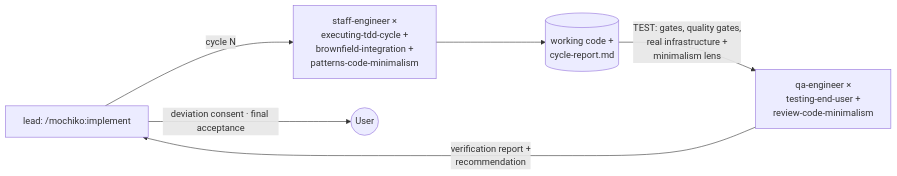
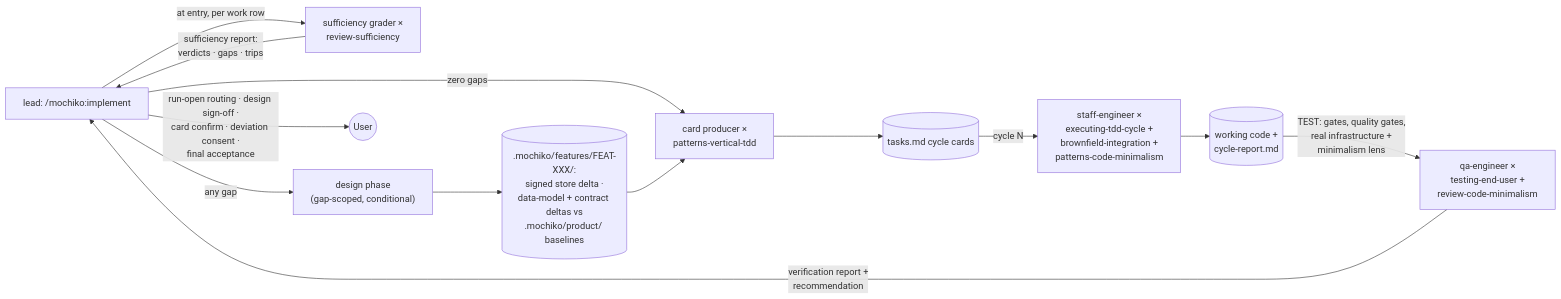
Before and after one commit to humaninloop-dev/mochiko: the sixth of 6 diagrams in ARCHITECTURE.md, drawn with Mermaid. The commit also changed other lines of this file and 104 other files, not shown here.

Commit message:
Plan retired; implement absorbs design phase behind sufficiency check (v0.91.0)

````diff
--- a/ARCHITECTURE.md
+++ b/ARCHITECTURE.md
@@ -268,11 +246,22 @@
 ```mermaid
 flowchart LR
   lead["lead: /mochiko:implement"]
+  suff["sufficiency grader ×<br/>review-sufficiency"]
+  design["design phase<br/>(gap-scoped, conditional)"]
+  cards["card producer ×<br/>patterns-vertical-tdd"]
   se["staff-engineer ×<br/>executing-tdd-cycle +<br/>brownfield-integration +<br/>patterns-code-minimalism"]
   qa["qa-engineer ×<br/>testing-end-user +<br/>review-code-minimalism"]
-  lead -->|"cycle N"| se
+  user(("User"))
+  lead -->|"at entry, per work row"| suff
+  suff -->|"sufficiency report:<br/>verdicts · gaps · trips"| lead
+  lead -->|"any gap"| design
+  design --> deltas[(".mochiko/features/FEAT-XXX/:<br/>signed store delta ·<br/>data-model + contract deltas vs<br/>.mochiko/product/ baselines")]
+  lead -->|"zero gaps"| cards
+  deltas --> cards
+  cards --> tasks[("tasks.md cycle cards")]
+  tasks -->|"cycle N"| se
   se --> code[("working code +<br/>cycle-report.md")]
   code -->|"TEST: gates, quality gates,<br/>real infrastructure +<br/>minimalism lens"| qa
   qa -->|"verification report +<br/>recommendation"| lead
-  lead -->|"deviation consent · final acceptance"| user(("User"))
+  lead -->|"run-open routing · design sign-off ·<br/>card confirm · deviation consent ·<br/>final acceptance"| user
 ```
````
